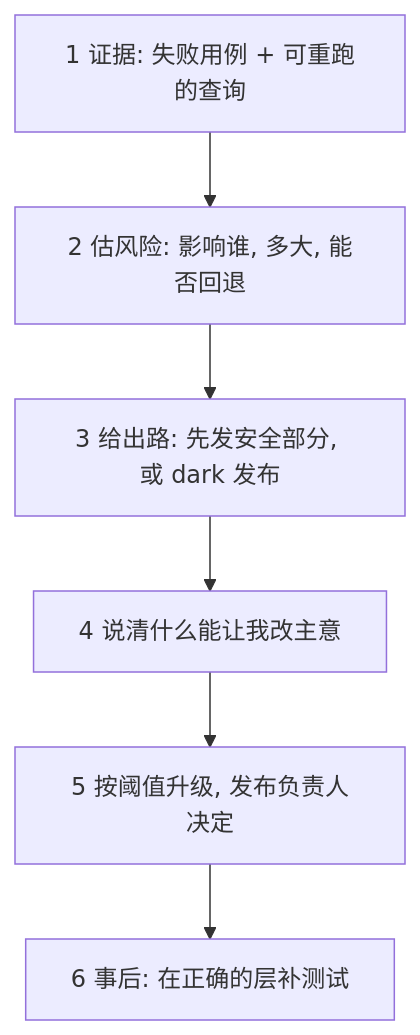
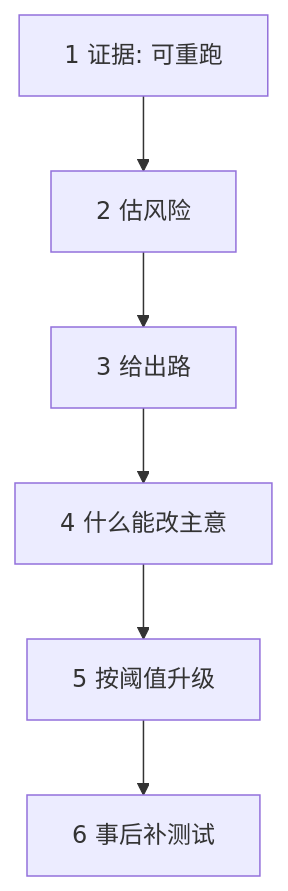
Before and after one commit to ChiChasesCheese/trellis: the diagram in vault/interviews/companies/cerebras/deck/cards/behavioural/cbr-behavioural-how-to-say-no.md, drawn with Mermaid. The commit also changed 27 other files, not shown here.

First line of the commit message:
Cerebras HM prep: phone-sized diagrams and two corrected facts in the 100 cards for the hiring-manager round

````diff
--- a/vault/interviews/companies/cerebras/deck/cards/behavioural/cbr-behavioural-how-to-say-no.md
+++ b/vault/interviews/companies/cerebras/deck/cards/behavioural/cbr-behavioural-how-to-say-no.md
@@ -18,8 +18,8 @@
 ```mermaid
 flowchart TD
-    A["1 证据: 失败用例 + 可重跑的查询"] --> B["2 估风险: 影响谁, 多大, 能否回退"]
-    B --> C["3 给出路: 先发安全部分, 或 dark 发布"]
-    C --> D["4 说清什么能让我改主意"]
-    D --> E["5 按阈值升级, 发布负责人决定"]
-    E --> F["6 事后: 在正确的层补测试"]
+    A["1 证据: 可重跑"] --> B["2 估风险"]
+    B --> C["3 给出路"]
+    C --> D["4 什么能改主意"]
+    D --> E["5 按阈值升级"]
+    E --> F["6 事后补测试"]
 ```
````
